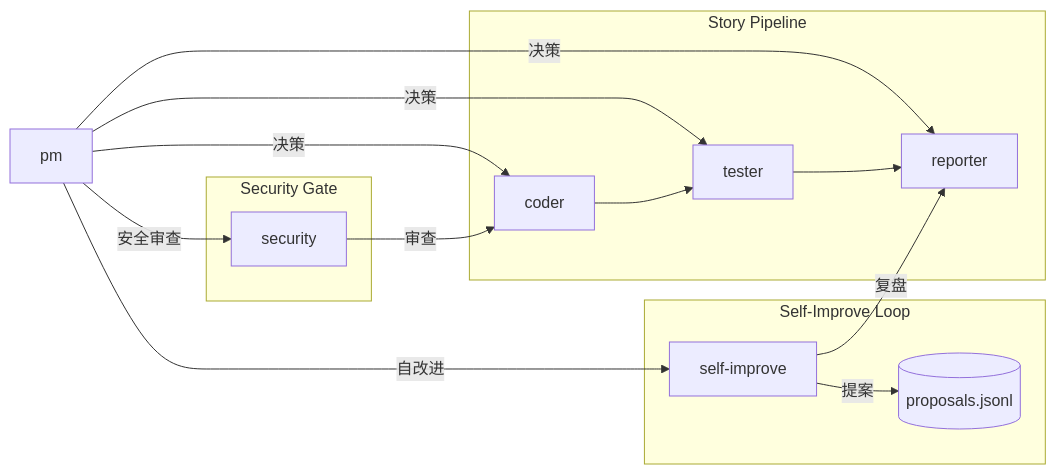
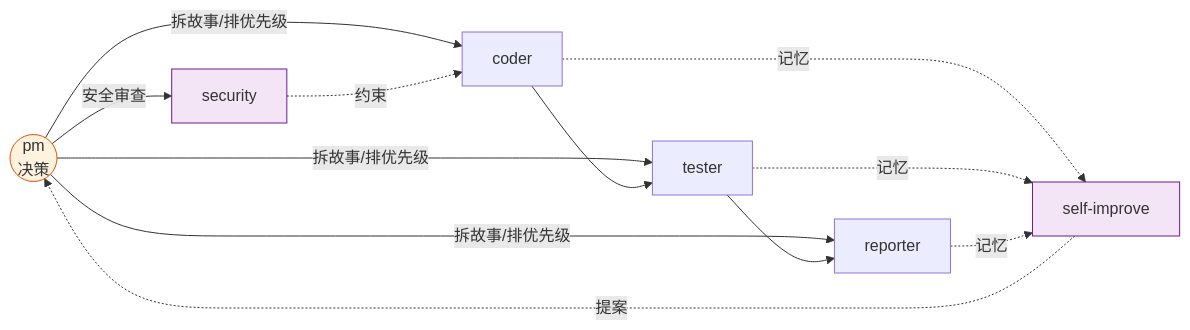
One commit to effiy/YrY changed the first of 2 diagrams in agents/AGENT.md. Above: the diagram before and after it, drawn with Mermaid. The commit also changed other lines of this file and 16 other files, not shown here.

````diff
--- a/agents/AGENT.md
+++ b/agents/AGENT.md
@@ -5,19 +9,14 @@
 ```mermaid
-graph LR
-    pm -->|决策| coder
-    pm -->|决策| tester
-    pm -->|决策| reporter
-    pm -->|安全审查| security
-    pm -->|自改进| self_improve["self-improve"]
-
-    subgraph "Story Pipeline"
-        coder --> tester --> reporter
-    end
-    subgraph "Security Gate"
-        security -->|审查| coder
-    end
-    subgraph "Self-Improve Loop"
-        self_improve -->|提案| STORE[("proposals.jsonl")]
-        self_improve -->|复盘| reporter
-    end
+flowchart LR
+    pm(("pm<br/>决策")):::core
+    pm -->|安全审查| sec[security]:::side
+    pm -->|拆故事/排优先级| coder & tester & reporter
+    coder --> tester --> reporter
+    sec -.约束.-> coder
+    si["self-improve"]:::side -.提案.-> pm
+    coder -.记忆.-> si
+    tester -.记忆.-> si
+    reporter -.记忆.-> si
+    classDef core fill:#fff3e0,stroke:#e65100;
+    classDef side fill:#f3e5f5,stroke:#6a1b9a;
 ```
````
